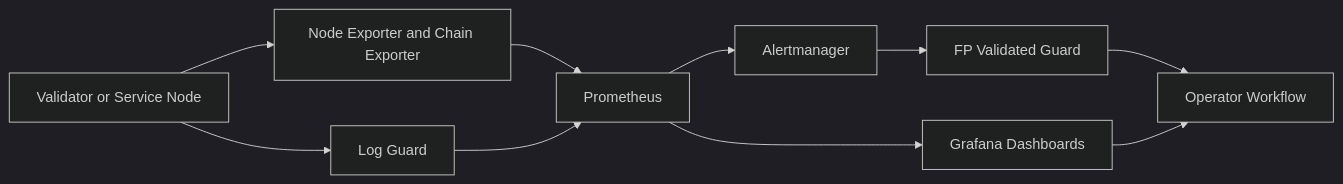
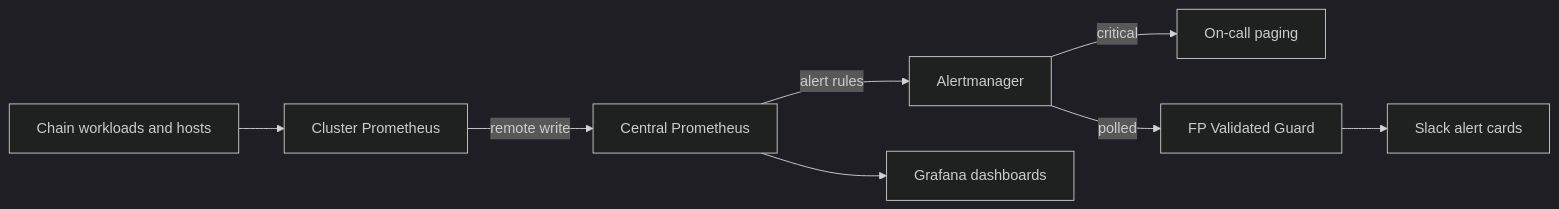
The diagram in website/docs/fp-validated-infra/monitoring-architecture.md (FP-Validated/fp-validated-docs), drawn with Mermaid (dark theme) before and after one commit. The commit also changed other lines of this file and 21 other files, not shown here.

First line of the commit message:
Bring infrastructure and chain architecture docs up to date

````diff
--- a/website/docs/fp-validated-infra/monitoring-architecture.md
+++ b/website/docs/fp-validated-infra/monitoring-architecture.md
@@ -11,21 +11,19 @@
 ```mermaid
 flowchart LR
-  node[Validator or Service Node]
-  exporters[Node Exporter and Chain Exporter]
-  logs[Log Guard]
-  prom[Prometheus]
-  grafana[Grafana Dashboards]
+  targets[Chain workloads and hosts]
+  collector[Cluster Prometheus]
+  central[Central Prometheus]
   am[Alertmanager]
+  pager[On-call paging]
   guard[FP Validated Guard]
-  ops[Operator Workflow]
+  slack[Slack alert cards]
+  grafana[Grafana dashboards]
 
-  node --> exporters
-  node --> logs
-  exporters --> prom
-  logs --> prom
-  prom --> grafana
-  prom --> am
-  am --> guard
-  guard --> ops
-  grafana --> ops
+  targets --> collector
+  collector -- remote write --> central
+  central -- alert rules --> am
+  am -- critical --> pager
+  am -- polled --> guard
+  guard --> slack
+  central --> grafana
 ```
````
